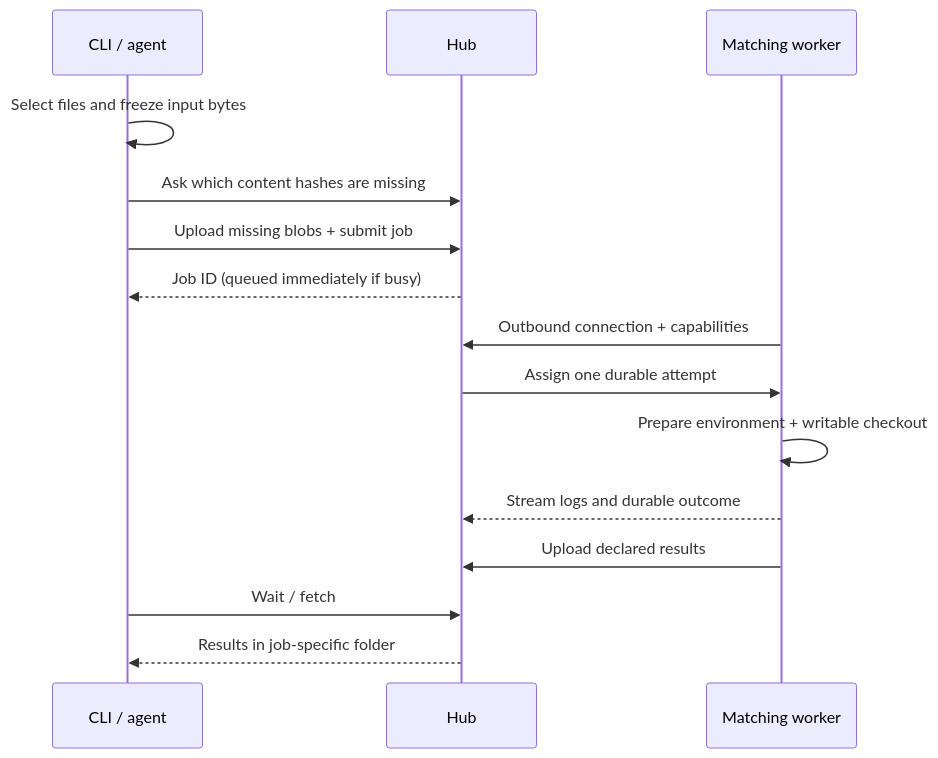
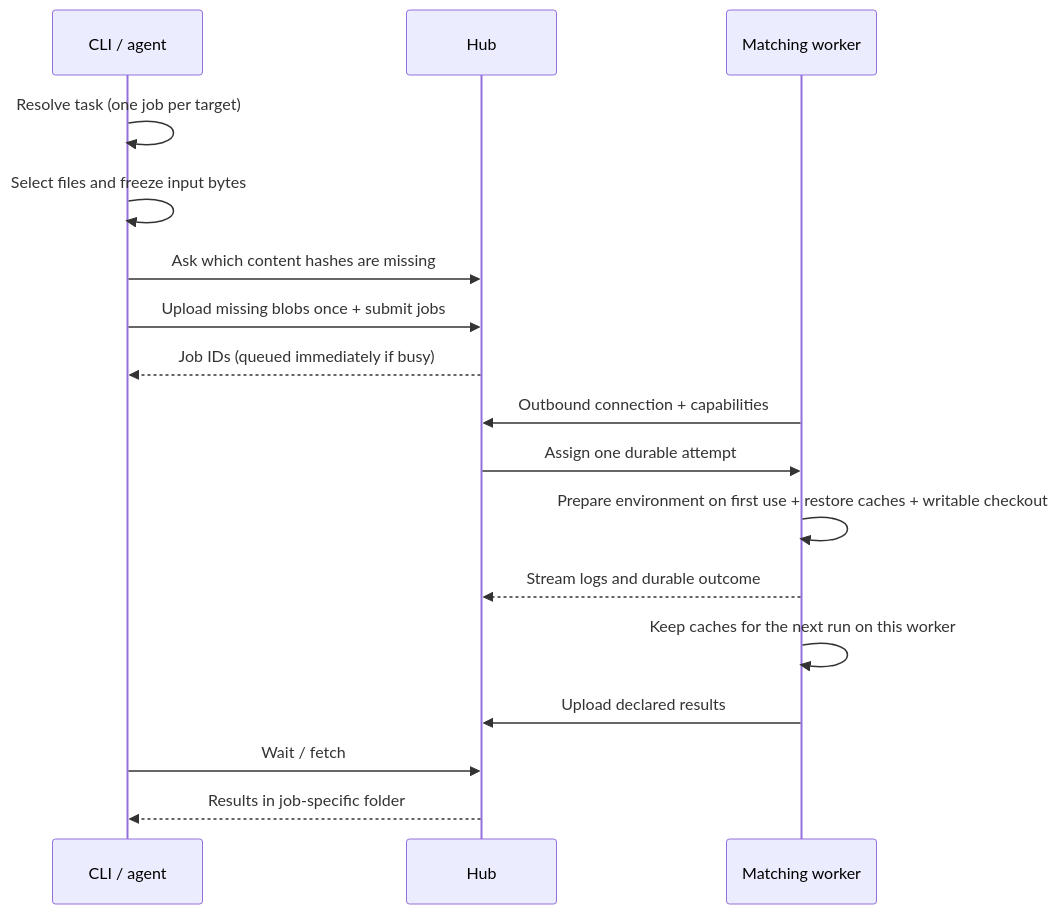
The second of 2 diagrams in README.md (semanticist21/your-local-cloud-computing), drawn with Mermaid before and after one commit. The commit also changed other lines of this file, not shown here.

Commit message:
docs(readme): show tasks, targets and worker caches in diagrams

````diff
--- a/README.md
+++ b/README.md
@@ -268,17 +268,19 @@
 ```mermaid
 sequenceDiagram
     participant A as CLI / agent
     participant H as Hub
     participant W as Matching worker
+    A->>A: Resolve task (one job per target)
     A->>A: Select files and freeze input bytes
     A->>H: Ask which content hashes are missing
-    A->>H: Upload missing blobs + submit job
-    H-->>A: Job ID (queued immediately if busy)
+    A->>H: Upload missing blobs once + submit jobs
+    H-->>A: Job IDs (queued immediately if busy)
     W->>H: Outbound connection + capabilities
     H->>W: Assign one durable attempt
-    W->>W: Prepare environment + writable checkout
+    W->>W: Prepare environment on first use + restore caches + writable checkout
     W-->>H: Stream logs and durable outcome
+    W->>W: Keep caches for the next run on this worker
     W->>H: Upload declared results
     A->>H: Wait / fetch
     H-->>A: Results in job-specific folder
 ```
````
